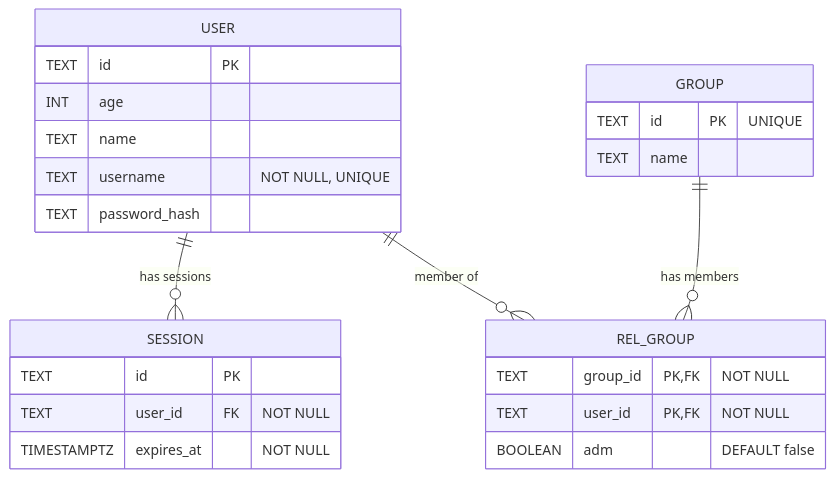
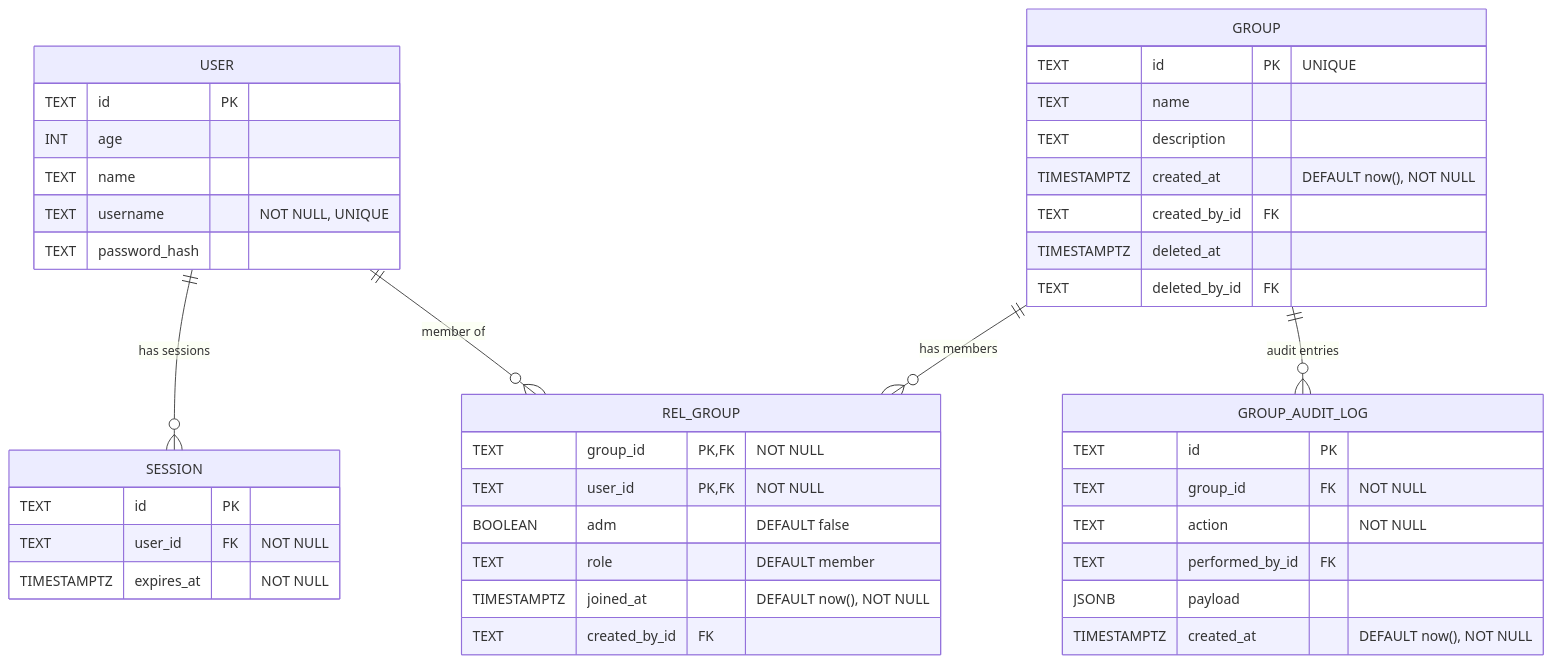
The diagram in src/lib/db/schema.md (frkr/tesseract-ui), drawn with Mermaid before and after one commit. The commit also changed other lines of this file and 33 other files, not shown here.

````diff
--- a/src/lib/db/schema.md
+++ b/src/lib/db/schema.md
@@ -8,31 +8,49 @@
 ```mermaid
 erDiagram
     USER {
         TEXT id PK
         INT age
         TEXT name
         TEXT username "NOT NULL, UNIQUE"
         TEXT password_hash
     }
 
     SESSION {
         TEXT id PK
         TEXT user_id FK "NOT NULL"
         TIMESTAMPTZ expires_at "NOT NULL"
     }
 
     GROUP {
         TEXT id PK "UNIQUE"
         TEXT name
+        TEXT description
+        TIMESTAMPTZ created_at "DEFAULT now(), NOT NULL"
+        TEXT created_by_id FK
+        TIMESTAMPTZ deleted_at
+        TEXT deleted_by_id FK
     }
 
     REL_GROUP {
         TEXT group_id PK,FK "NOT NULL"
         TEXT user_id PK,FK "NOT NULL"
         BOOLEAN adm "DEFAULT false"
+        TEXT role "DEFAULT member"
+        TIMESTAMPTZ joined_at "DEFAULT now(), NOT NULL"
+        TEXT created_by_id FK
+    }
+
+    GROUP_AUDIT_LOG {
+        TEXT id PK
+        TEXT group_id FK "NOT NULL"
+        TEXT action "NOT NULL"
+        TEXT performed_by_id FK
+        JSONB payload
+        TIMESTAMPTZ created_at "DEFAULT now(), NOT NULL"
     }
 
     USER ||--o{ SESSION : "has sessions"
     USER ||--o{ REL_GROUP : "member of"
     GROUP ||--o{ REL_GROUP : "has members"
+    GROUP ||--o{ GROUP_AUDIT_LOG : "audit entries"
 ```
````
